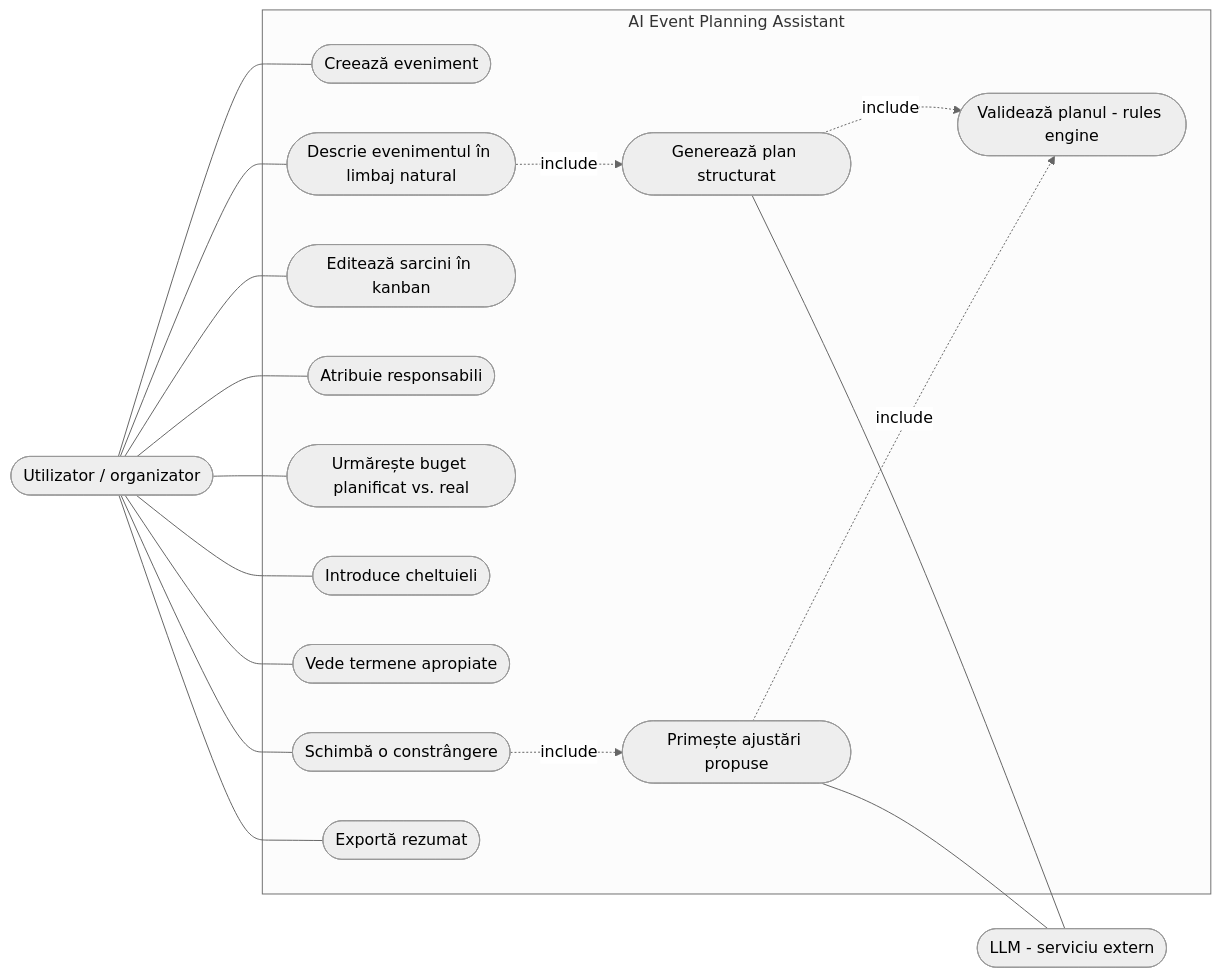
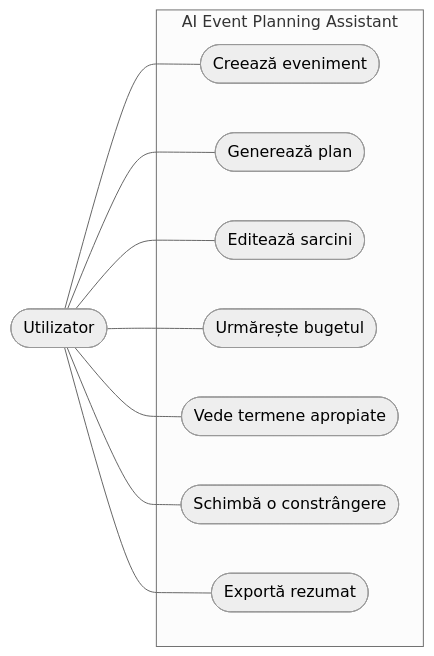
Before and after one commit to tiaaa2805/Licenta---AI-Event-Planning-assistant: the first of 3 diagrams in README.md, drawn with Mermaid (neutral theme). The commit also changed other lines of this file, not shown here.

````diff
--- a/README.md
+++ b/README.md
@@ -188,36 +117,20 @@
 ```mermaid
 flowchart LR
-    U(["Utilizator / organizator"])
-    L(["LLM - serviciu extern"])
-
-    subgraph Aplicatie["AI Event Planning Assistant"]
+    U(["Utilizator"])
+    subgraph App["AI Event Planning Assistant"]
         UC1(["Creează eveniment"])
-        UC2(["Descrie evenimentul în limbaj natural"])
-        UC3(["Generează plan structurat"])
-        UC4(["Editează sarcini în kanban"])
-        UC5(["Atribuie responsabili"])
-        UC6(["Urmărește buget planificat vs. real"])
-        UC7(["Introduce cheltuieli"])
-        UC8(["Vede termene apropiate"])
-        UC9(["Schimbă o constrângere"])
-        UC10(["Primește ajustări propuse"])
-        UC11(["Exportă rezumat"])
-        UC12(["Validează planul - rules engine"])
+        UC2(["Generează plan"])
+        UC3(["Editează sarcini"])
+        UC4(["Urmărește bugetul"])
+        UC5(["Vede termene apropiate"])
+        UC6(["Schimbă o constrângere"])
+        UC7(["Exportă rezumat"])
     end
-
     U --- UC1
     U --- UC2
+    U --- UC3
     U --- UC4
     U --- UC5
     U --- UC6
     U --- UC7
-    U --- UC8
-    U --- UC9
-    U --- UC11
-    UC2 -. include .-> UC3
-    UC3 -. include .-> UC12
-    UC9 -. include .-> UC10
-    UC10 -. include .-> UC12
-    UC3 --- L
-    UC10 --- L
 ```
````
